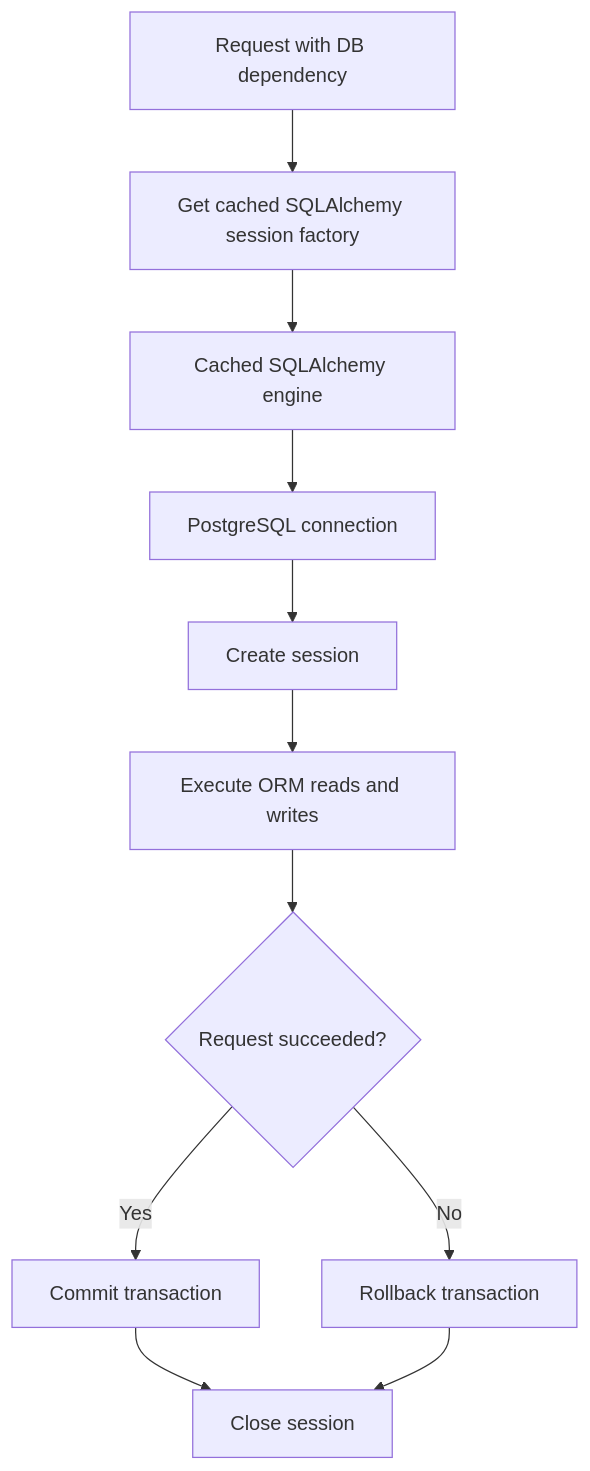
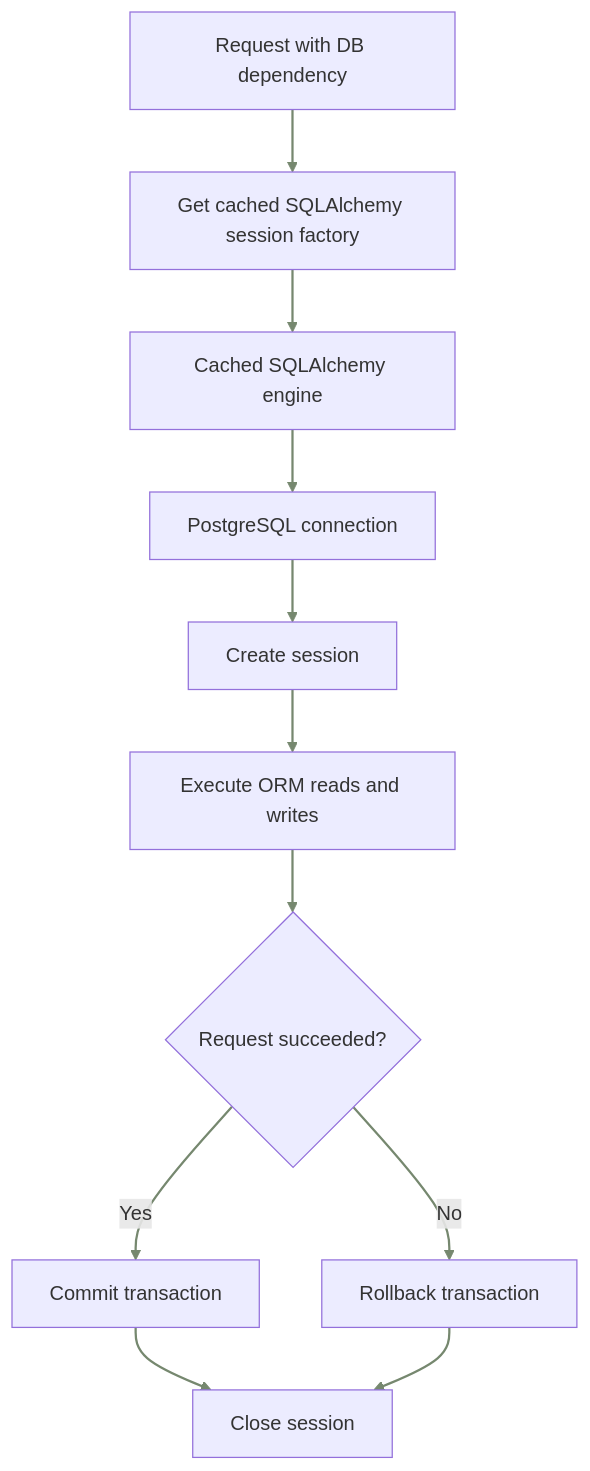
Before and after one commit to SwekcchaCornicle/apnasathi-ai: diagram 11 of 15 in README.md, drawn with Mermaid. The commit also changed other lines of this file, not shown here.

Commit message:
docs: style README diagrams with ApnaSathi palette and AWS icons

````diff
--- a/README.md
+++ b/README.md
@@ -1097,13 +1216,22 @@
 ```mermaid
 flowchart TD
+  classDef forest fill:#354a3b,stroke:#354a3b,color:#fbfaf7,stroke-width:2px;
+  classDef green fill:#405a46,stroke:#354a3b,color:#fbfaf7,stroke-width:1.8px;
+  classDef sage fill:#d5ddbd,stroke:#76886f,color:#252a23,stroke-width:1.5px;
+  classDef pale fill:#edf0e6,stroke:#647a63,color:#252a23,stroke-width:1.5px;
+  classDef sand fill:#f2e4d2,stroke:#d5a874,color:#252a23,stroke-width:1.5px;
+  classDef paper fill:#fbfaf7,stroke:#9a9a8f,color:#252a23,stroke-width:1.3px;
+  classDef external fill:#f2f1ed,stroke:#b5b4a9,color:#252a23,stroke-width:1.3px;
+  linkStyle default stroke:#76886f,stroke-width:1.8px;
+  class REQ pale;
     REQ[Request with DB dependency] --> FACTORY[Get cached SQLAlchemy session factory]
     FACTORY --> ENGINE[Cached SQLAlchemy engine]
     ENGINE --> CONNECT[PostgreSQL connection]
     CONNECT --> SESSION[Create session]
     SESSION --> QUERY[Execute ORM reads and writes]
     QUERY --> SUCCESS{Request succeeded?}
     SUCCESS -->|Yes| COMMIT[Commit transaction]
     SUCCESS -->|No| ROLLBACK[Rollback transaction]
     COMMIT --> CLOSE[Close session]
     ROLLBACK --> CLOSE
 ```
````
